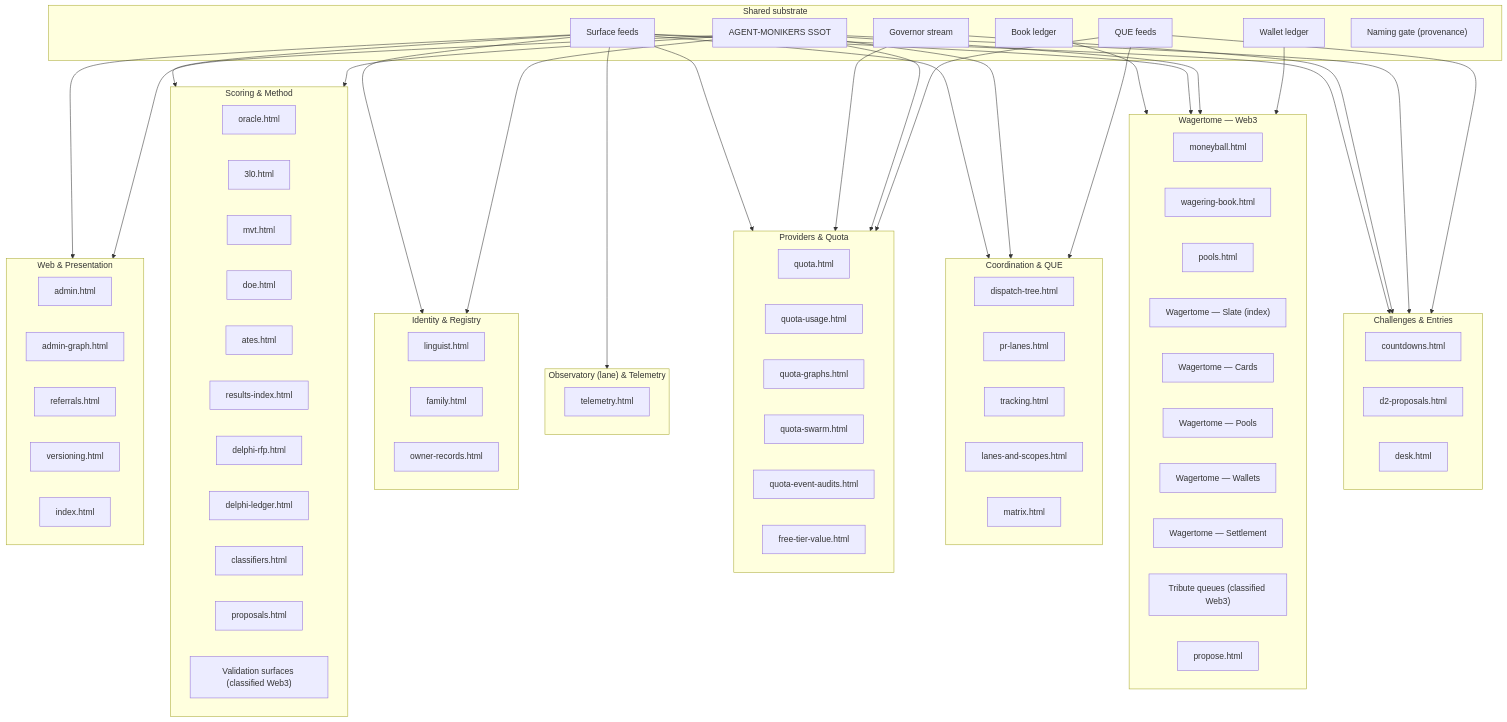
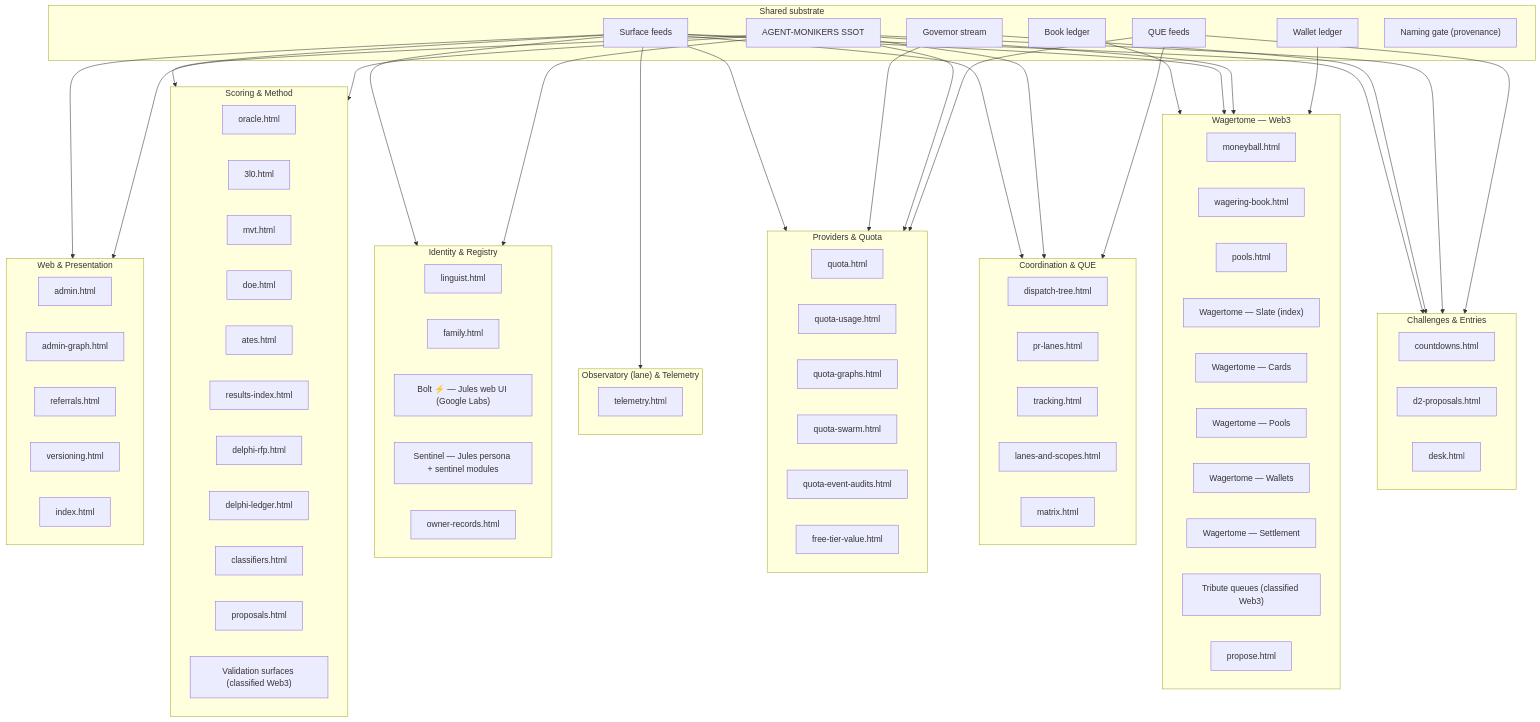
The diagram in docs/ops/SURFACES-MAP.md (timerloggedout-spec/termux-monorepo), drawn with Mermaid before and after one commit. The commit also changed other lines of this file and 2 other files, not shown here.

Commit message:
viz(map): owner-query rows - Bolt (Jules webui app surface) + Sentinel (persona + modules); linguist row verified conformant

```diff
--- a/docs/ops/SURFACES-MAP.md
+++ b/docs/ops/SURFACES-MAP.md
@@ -20,7 +20,9 @@
   subgraph PL_identity["Identity & Registry"]
     identity_0["linguist.html"]
     identity_1["family.html"]
-    identity_2["owner-records.html"]
+    identity_2["Bolt ⚡ — Jules web UI (Google Labs)"]
+    identity_3["Sentinel — Jules persona + sentinel modules"]
+    identity_4["owner-records.html"]
   end
   subgraph PL_quota["Providers & Quota"]
     quota_0["quota.html"]
```
